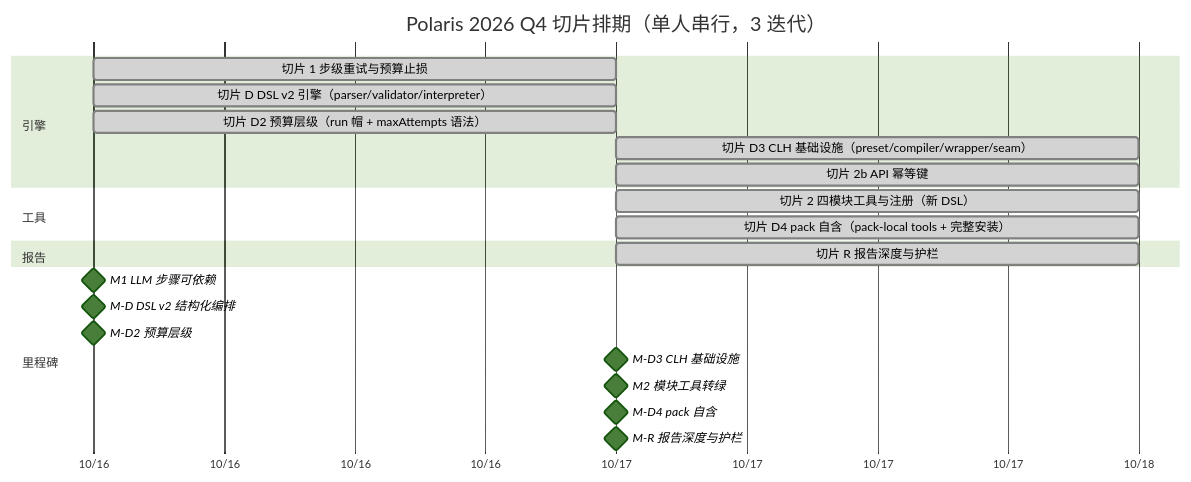
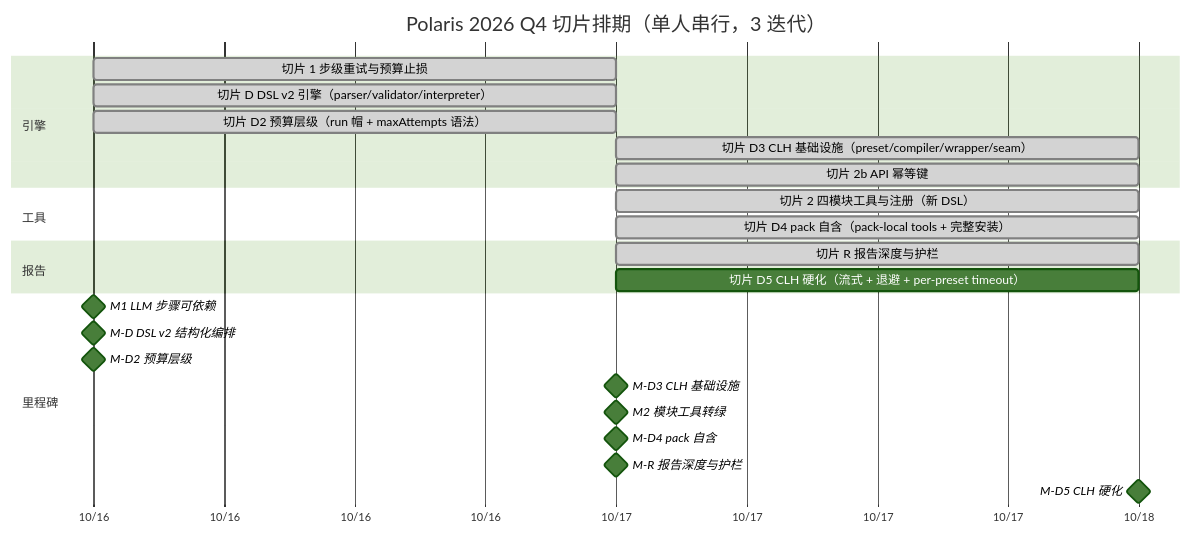
Before and after one commit to 55aaseclab/Polaris: the diagram in apps/docs/site/development/roadmap.md, drawn with Mermaid (forest theme). The commit also changed other lines of this file, not shown here.

````diff
--- a/apps/docs/site/development/roadmap.md
+++ b/apps/docs/site/development/roadmap.md
@@ -84,25 +87,27 @@
 ```mermaid
 gantt
     title Polaris 2026 Q4 切片排期（单人串行，3 迭代）
     dateFormat YYYY-MM-DD
     axisFormat %m/%d
     section 引擎
     切片 1 步级重试与预算止损 :done, a1, 2026-10-16, 1d
     切片 D DSL v2 引擎（parser/validator/interpreter） :done, a2, 2026-10-16, 1d
     切片 D2 预算层级（run 帽 + maxAttempts 语法） :done, a4, 2026-10-16, 1d
     切片 D3 CLH 基础设施（preset/compiler/wrapper/seam） :done, a5, 2026-10-17, 1d
     切片 2b API 幂等键 :done, a3, 2026-10-17, 1d
     section 工具
     切片 2 四模块工具与注册（新 DSL） :done, b1, 2026-10-17, 1d
     切片 D4 pack 自含（pack-local tools + 完整安装） :done, b2, 2026-10-17, 1d
     section 报告
     切片 R 报告深度与护栏 :done, r1, 2026-10-17, 1d
+    切片 D5 CLH 硬化（流式 + 退避 + per-preset timeout） :c1, 2026-10-17, 1d
     section 里程碑
     M1 LLM 步骤可依赖 :milestone, m1, 2026-10-16, 0d
     M-D DSL v2 结构化编排 :milestone, md, 2026-10-16, 0d
     M-D2 预算层级 :milestone, md2, 2026-10-16, 0d
     M-D3 CLH 基础设施 :milestone, md3, 2026-10-17, 0d
     M2 模块工具转绿 :milestone, m2, 2026-10-17, 0d
     M-D4 pack 自含 :milestone, md4, 2026-10-17, 0d
     M-R 报告深度与护栏 :milestone, mr, 2026-10-17, 0d
+    M-D5 CLH 硬化 :milestone, md5, 2026-10-18, 0d
 ```
````
